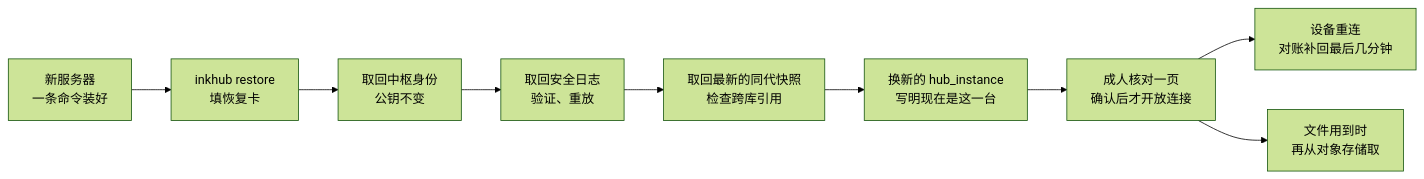
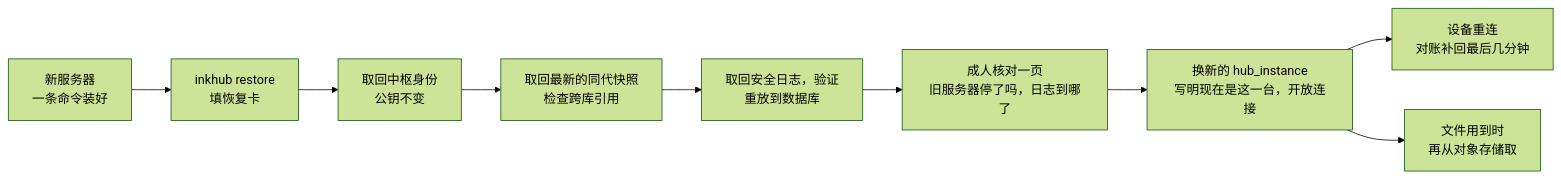
Before and after one commit to Gidean-zcx/ink: the fifth of 19 diagrams in docs/hub/hub-architecture.md, drawn with Mermaid (forest theme). The commit also changed other lines of this file and 16 other files, not shown here.

````diff
--- a/docs/hub/hub-architecture.md
+++ b/docs/hub/hub-architecture.md
@@ -386,11 +394,11 @@
 ```mermaid
 flowchart LR
   A["新服务器<br/>一条命令装好"] --> B["inkhub restore<br/>填恢复卡"]
   B --> C["取回中枢身份<br/>公钥不变"]
-  C --> D["取回安全日志<br/>验证、重放"]
-  D --> E["取回最新的同代快照<br/>检查跨库引用"]
-  E --> F["换新的 hub_instance<br/>写明现在是这一台"]
-  F --> I["成人核对一页<br/>确认后才开放连接"]
-  I --> G["设备重连<br/>对账补回最后几分钟"]
-  I --> H["文件用到时<br/>再从对象存储取"]
+  C --> D["取回最新的同代快照<br/>检查跨库引用"]
+  D --> E["取回安全日志，验证<br/>重放到数据库"]
+  E --> I["成人核对一页<br/>旧服务器停了吗，日志到哪了"]
+  I --> F["换新的 hub_instance<br/>写明现在是这一台，开放连接"]
+  F --> G["设备重连<br/>对账补回最后几分钟"]
+  F --> H["文件用到时<br/>再从对象存储取"]
 ```
````
